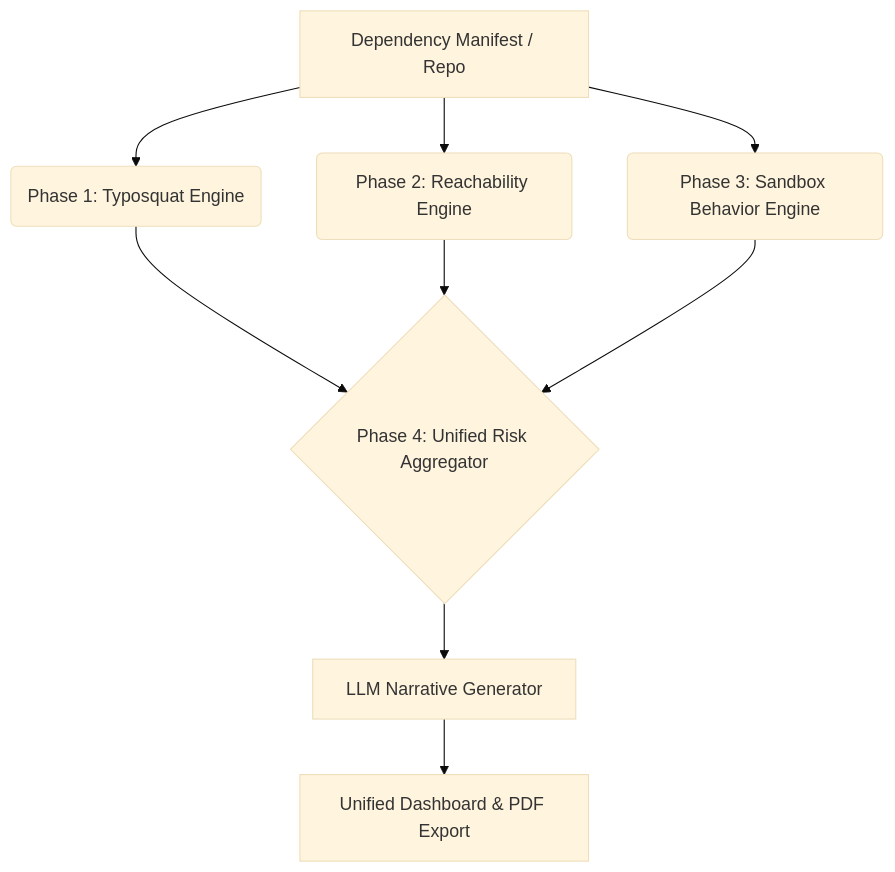
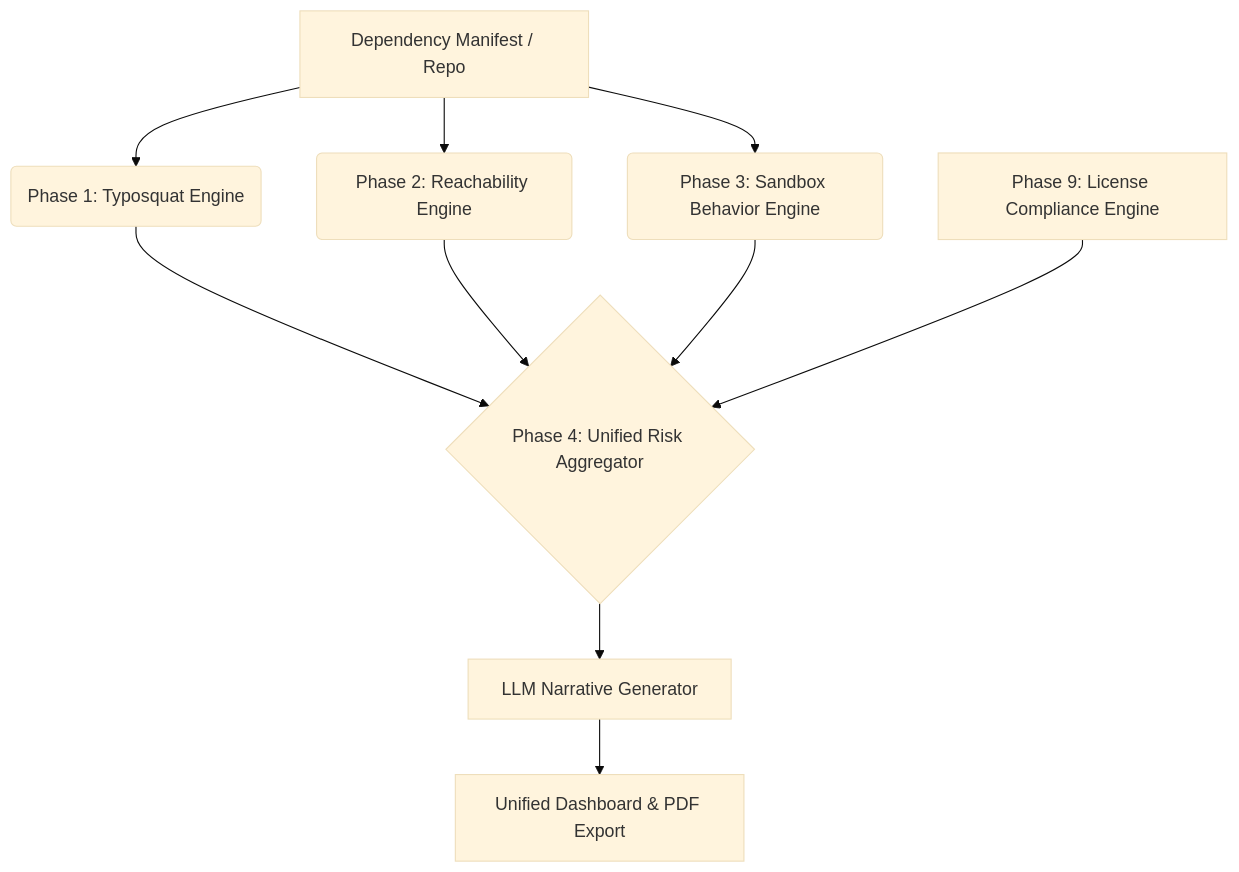
The diagram in README.md (Rajiv6165/sentinel-chain), drawn with Mermaid (base theme) before and after one commit. The commit also changed other lines of this file and 14 other files, not shown here.

Commit message:
feat: Phase 9 license compliance engine — SPDX classification, policy-as-code, CI gating, PR comment integration

````diff
--- a/README.md
+++ b/README.md
@@ -9,13 +9,15 @@
 ```mermaid
 graph TD
     A[Dependency Manifest / Repo] --> B(Phase 1: Typosquat Engine)
     A --> C(Phase 2: Reachability Engine)
     A --> D(Phase 3: Sandbox Behavior Engine)
     
     B --> E{Phase 4: Unified Risk Aggregator}
     C --> E
     D --> E
     
+    H[Phase 9: License Compliance Engine] --> E
+    
     E --> F[LLM Narrative Generator]
     F --> G[Unified Dashboard & PDF Export]
 ```
````
